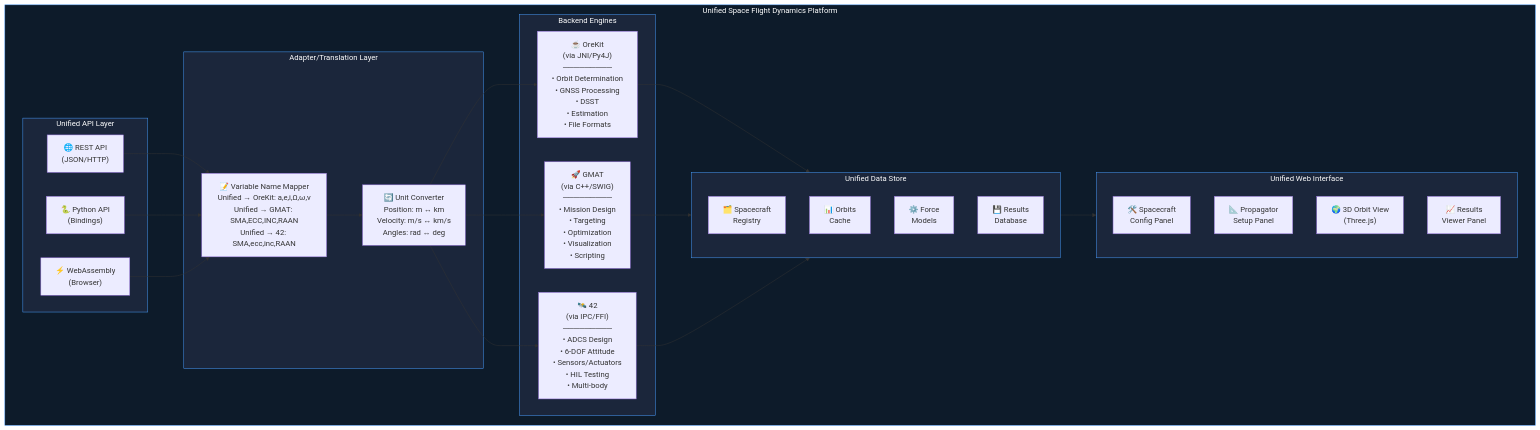
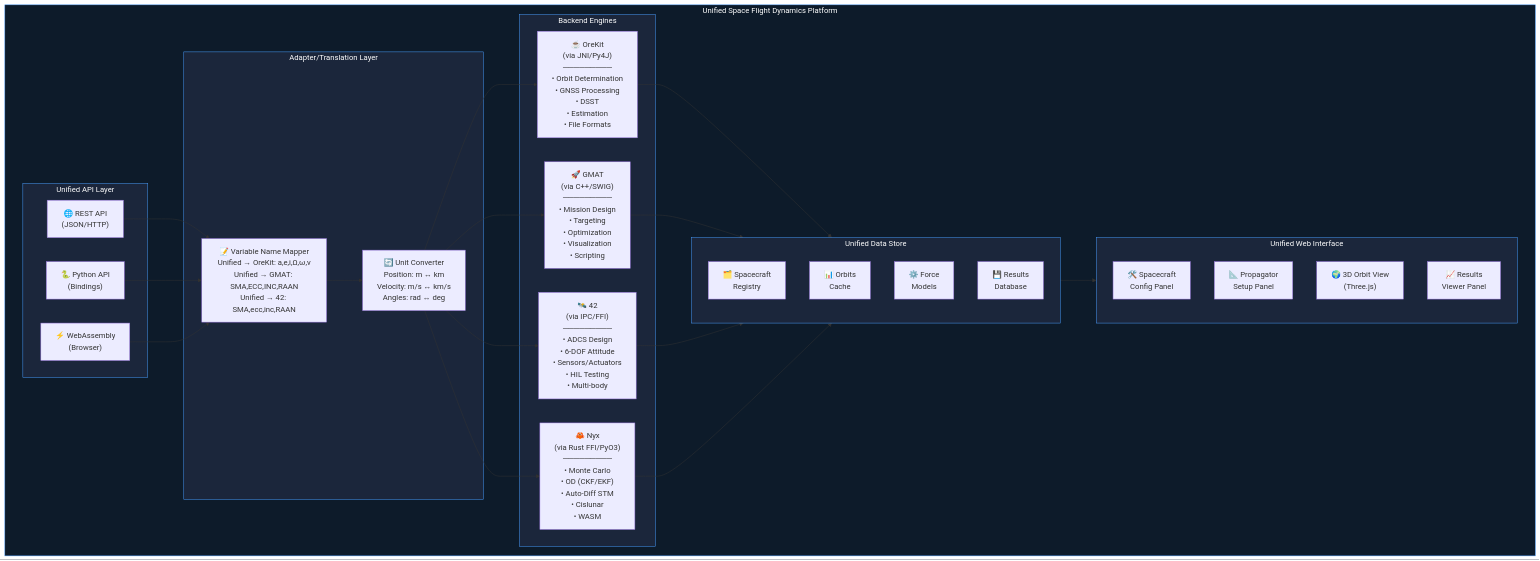
Before and after one commit to spacecompute/sfdcompare: the fifth of 6 diagrams in README.md, drawn with Mermaid. The commit also changed other lines of this file, not shown here.

````diff
--- a/README.md
+++ b/README.md
@@ -1223,54 +1394,57 @@
 ```mermaid
 graph TB
     subgraph Platform["Unified Space Flight Dynamics Platform"]
         subgraph APILayer["Unified API Layer"]
             REST["🌐 REST API<br/>(JSON/HTTP)"]
             PythonAPI["🐍 Python API<br/>(Bindings)"]
             WASM["⚡ WebAssembly<br/>(Browser)"]
         end
 
         subgraph AdapterLayer["Adapter/Translation Layer"]
             NameMapper["📝 Variable Name Mapper<br/>Unified → OreKit: a,e,i,Ω,ω,ν<br/>Unified → GMAT: SMA,ECC,INC,RAAN<br/>Unified → 42: SMA,ecc,inc,RAAN"]
             UnitConverter["🔄 Unit Converter<br/>Position: m ↔ km<br/>Velocity: m/s ↔ km/s<br/>Angles: rad ↔ deg"]
         end
 
         subgraph Backends["Backend Engines"]
             OreKit["☕ OreKit<br/>(via JNI/Py4J)<br/>─────────<br/>• Orbit Determination<br/>• GNSS Processing<br/>• DSST<br/>• Estimation<br/>• File Formats"]
             GMAT["🚀 GMAT<br/>(via C++/SWIG)<br/>─────────<br/>• Mission Design<br/>• Targeting<br/>• Optimization<br/>• Visualization<br/>• Scripting"]
             FortyTwo["🛰️ 42<br/>(via IPC/FFI)<br/>─────────<br/>• ADCS Design<br/>• 6-DOF Attitude<br/>• Sensors/Actuators<br/>• HIL Testing<br/>• Multi-body"]
+            NyxBackend["🦀 Nyx<br/>(via Rust FFI/PyO3)<br/>─────────<br/>• Monte Carlo<br/>• OD (CKF/EKF)<br/>• Auto-Diff STM<br/>• Cislunar<br/>• WASM"]
         end
 
         subgraph DataStore["Unified Data Store"]
             SCRegistry["🗂️ Spacecraft<br/>Registry"]
             OrbitCache["📊 Orbits<br/>Cache"]
             ForceModels["⚙️ Force<br/>Models"]
             ResultsDB["💾 Results<br/>Database"]
         end
 
         subgraph WebInterface["Unified Web Interface"]
             SCConfig["🛠️ Spacecraft<br/>Config Panel"]
             PropSetup["📐 Propagator<br/>Setup Panel"]
             OrbitView["🌍 3D Orbit View<br/>(Three.js)"]
             ResultsViewer["📈 Results<br/>Viewer Panel"]
         end
     end
 
     REST --> NameMapper
     PythonAPI --> NameMapper
     WASM --> NameMapper
     NameMapper --> UnitConverter
     UnitConverter --> OreKit
     UnitConverter --> GMAT
     UnitConverter --> FortyTwo
+    UnitConverter --> NyxBackend
     OreKit --> DataStore
     GMAT --> DataStore
     FortyTwo --> DataStore
+    NyxBackend --> DataStore
     DataStore --> WebInterface
 
     style Platform fill:#0d1b2a,stroke:#4a9eff,color:#fff
     style APILayer fill:#1b263b,stroke:#4a9eff,color:#fff
     style AdapterLayer fill:#1b263b,stroke:#4a9eff,color:#fff
     style Backends fill:#1b263b,stroke:#4a9eff,color:#fff
     style DataStore fill:#1b263b,stroke:#4a9eff,color:#fff
     style WebInterface fill:#1b263b,stroke:#4a9eff,color:#fff
 ```
````
